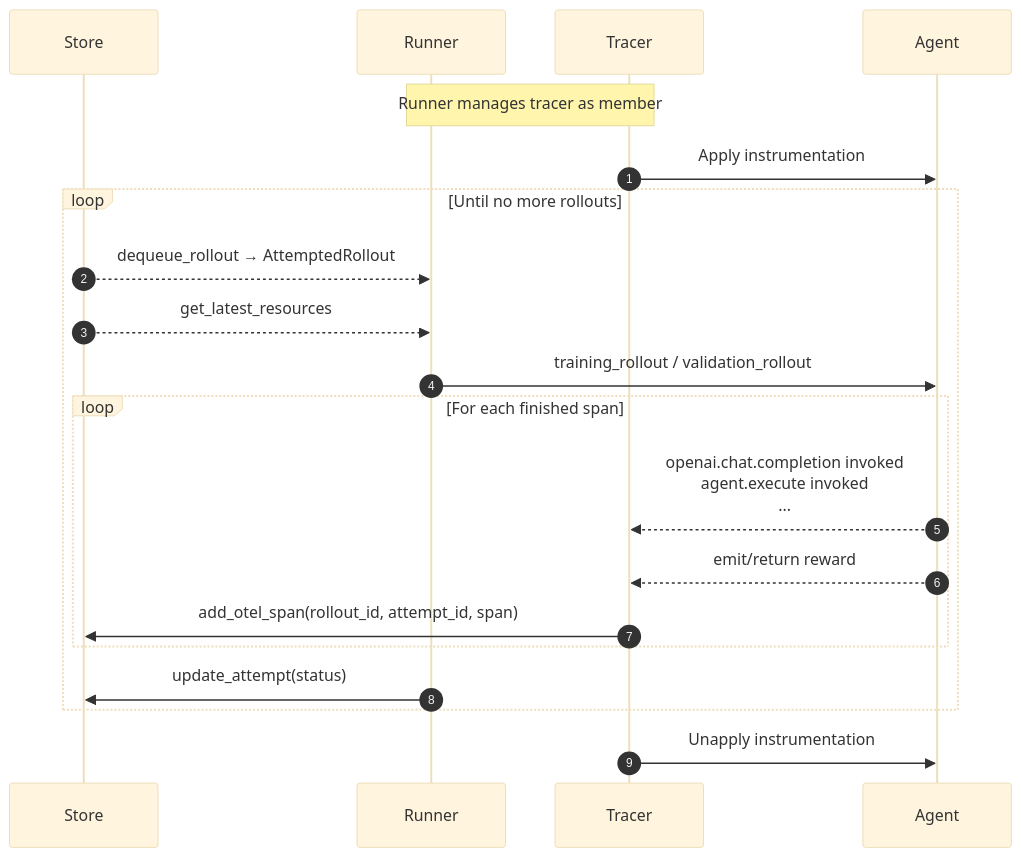
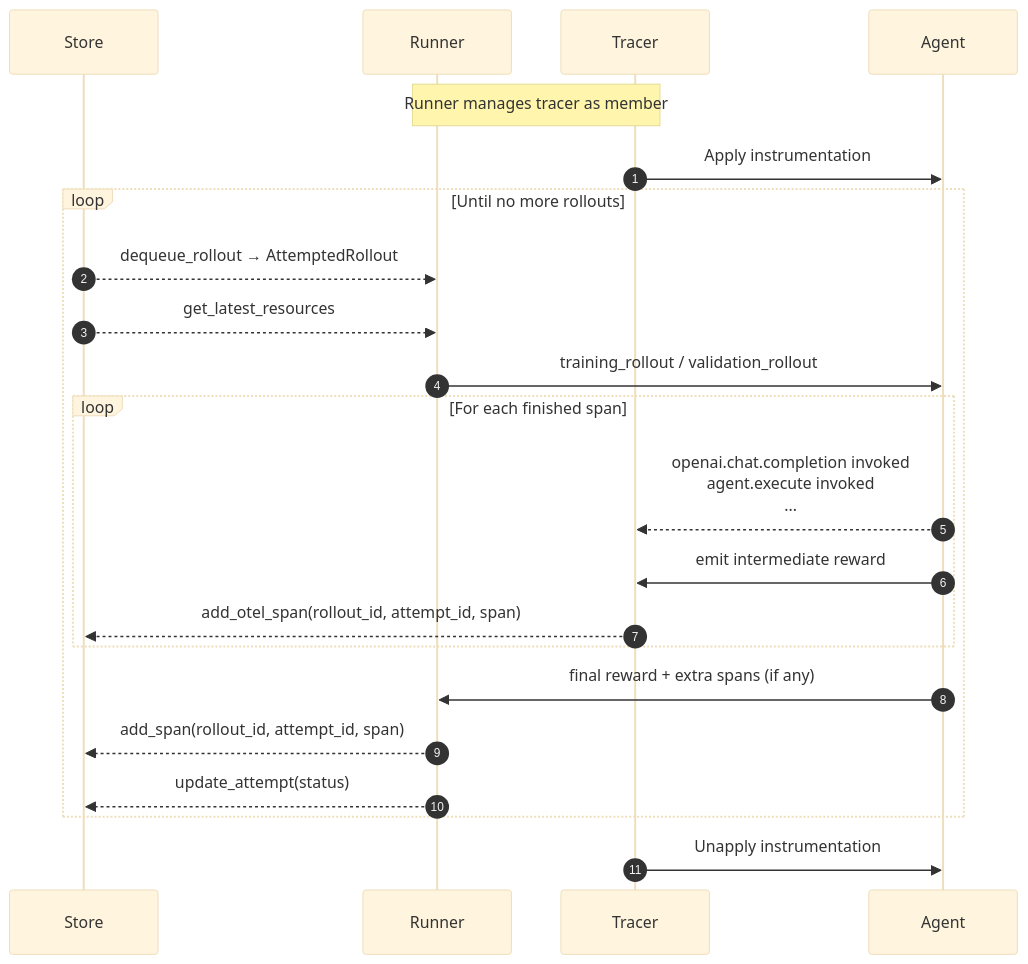
Before and after one commit to microsoft/agent-lightning: the second of 6 diagrams in docs/deep-dive/birds-eye-view.md, drawn with Mermaid (base theme). The commit also changed other lines of this file, not shown here.

````diff
--- a/docs/deep-dive/birds-eye-view.md
+++ b/docs/deep-dive/birds-eye-view.md
@@ -50,24 +52,26 @@
 ```mermaid
 sequenceDiagram
     autonumber
     participant Store
     participant Runner
     participant Tracer
     participant Agent
 
     Note over Runner,Tracer: Runner manages tracer as member
 
     Tracer->>Agent: Apply instrumentation
     loop Until no more rollouts
         Store-->>Runner: dequeue_rollout → AttemptedRollout
         Store-->>Runner: get_latest_resources
         Runner->>Agent: training_rollout / validation_rollout
         loop For each finished span
             Agent-->>Tracer: openai.chat.completion invoked<br>agent.execute invoked<br>...
-            Agent-->>Tracer: emit/return reward
-            Tracer->>Store: add_otel_span(rollout_id, attempt_id, span)
+            Agent->>Tracer: emit intermediate reward
+            Tracer-->>Store: add_otel_span(rollout_id, attempt_id, span)
         end
-        Runner->>Store: update_attempt(status)
+        Agent->>Runner: final reward + extra spans (if any)
+        Runner-->>Store: add_span(rollout_id, attempt_id, span)
+        Runner-->>Store: update_attempt(status)
     end
     Tracer->>Agent: Unapply instrumentation
 ```
````
